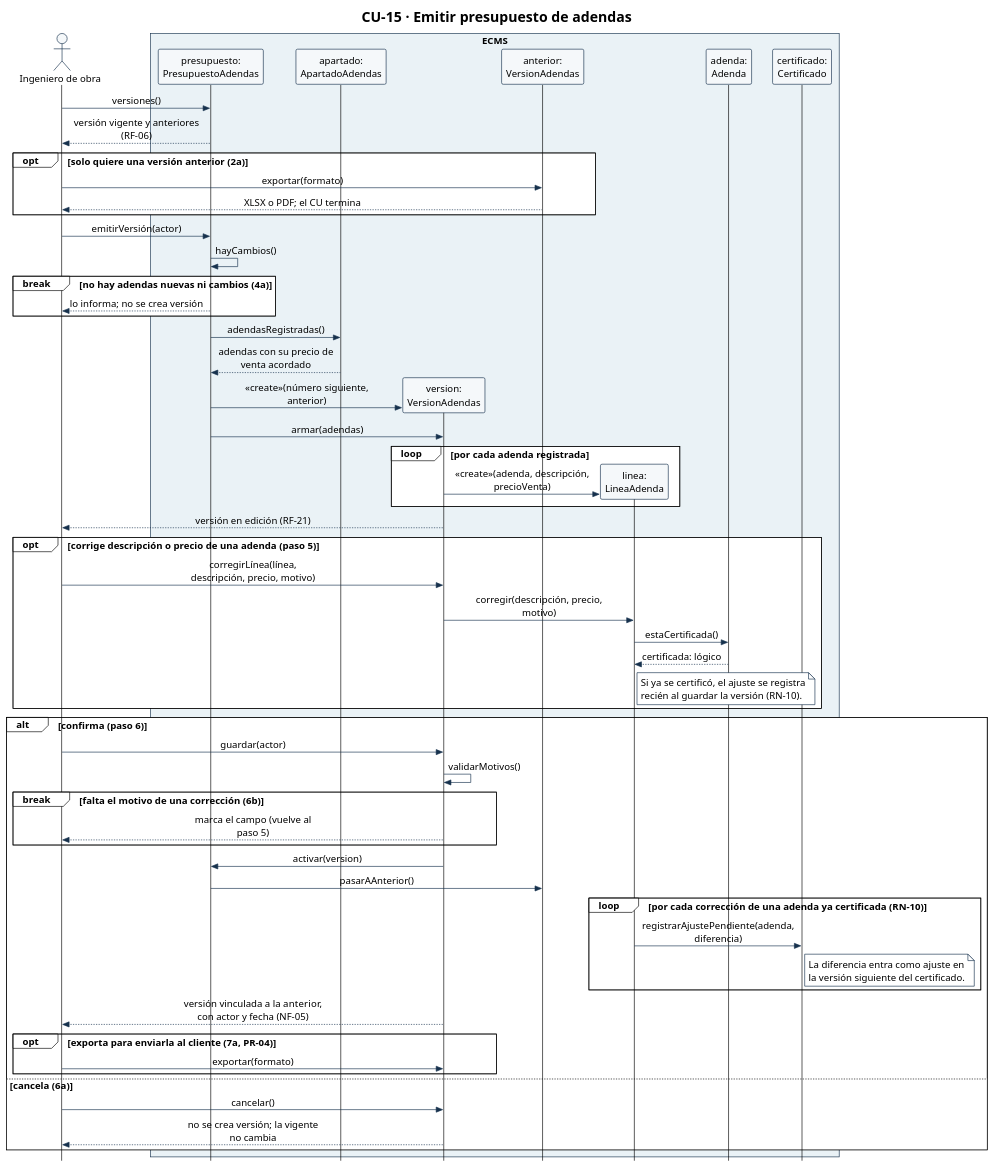
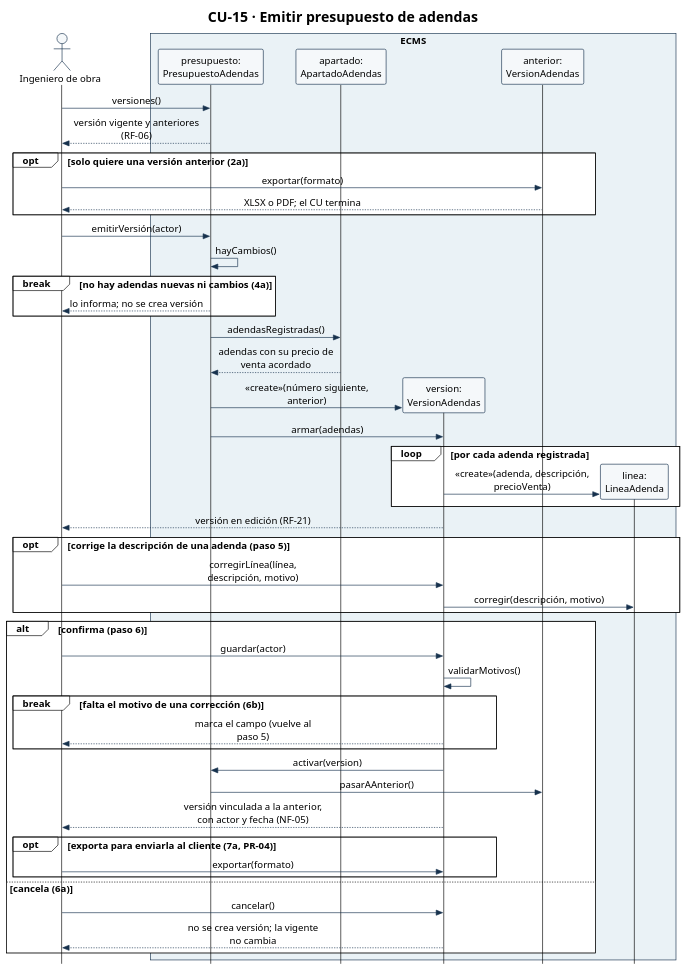
One commit to Ssrrb/tpf-uca changed the diagram in diagramas/CU-15-secuencia.puml. Above: the diagram before and after it, drawn with PlantUML. The commit also changed 40 other files, not shown here.

```diff
--- a/diagramas/CU-15-secuencia.puml
+++ b/diagramas/CU-15-secuencia.puml
@@ -1,91 +1,76 @@
 @startuml
 !theme plain
 skinparam style strictuml
 skinparam shadowing false
 skinparam defaultFontName Arial
 skinparam defaultFontSize 15
 skinparam sequenceMessageAlign center
 skinparam maxMessageSize 220
 skinparam ParticipantPadding 8
 skinparam BoxPadding 6
 skinparam ParticipantBackgroundColor #F5F8FA
 skinparam ParticipantBorderColor #17324D
 skinparam ActorBorderColor #17324D
 skinparam ActorBackgroundColor #F5F8FA
 skinparam ArrowColor #17324D
 skinparam SequenceBoxBorderColor #17324D
 skinparam note {
   BackgroundColor #FFFFFF
   BorderColor #17324D
 }
 hide footbox
 title CU-15 · Emitir presupuesto de adendas
 actor "Ingeniero de obra" as Ing
 box "ECMS" #EAF2F6
 participant "presupuesto:\nPresupuestoAdendas" as PA
 participant "apartado:\nApartadoAdendas" as Apa
 participant "version:\nVersionAdendas" as V
 participant "anterior:\nVersionAdendas" as Ant
 participant "linea:\nLineaAdenda" as Lin
-participant "adenda:\nAdenda" as Ad
-participant "certificado:\nCertificado" as Cert
 end box
 
 Ing -> PA: versiones()
 PA --> Ing: versión vigente y anteriores (RF-06)
 opt solo quiere una versión anterior (2a)
   Ing -> Ant: exportar(formato)
   Ant --> Ing: XLSX o PDF; el CU termina
 end
 
 Ing -> PA: emitirVersión(actor)
 PA -> PA: hayCambios()
 break no hay adendas nuevas ni cambios (4a)
   PA --> Ing: lo informa; no se crea versión
 end
 PA -> Apa: adendasRegistradas()
 Apa --> PA: adendas con su precio de venta acordado
 create V
 PA -> V: «create»(número siguiente, anterior)
 PA -> V: armar(adendas)
 loop por cada adenda registrada
   create Lin
   V -> Lin: «create»(adenda, descripción, precioVenta)
 end
 V --> Ing: versión en edición (RF-21)
 
-opt corrige descripción o precio de una adenda (paso 5)
-  Ing -> V: corregirLínea(línea, descripción, precio, motivo)
-  V -> Lin: corregir(descripción, precio, motivo)
-  Lin -> Ad: estaCertificada()
-  Ad --> Lin: certificada: lógico
-  note right of Lin
-    Si ya se certificó, el ajuste se registra
-    recién al guardar la versión (RN-10).
-  end note
+opt corrige la descripción de una adenda (paso 5)
+  Ing -> V: corregirLínea(línea, descripción, motivo)
+  V -> Lin: corregir(descripción, motivo)
 end
 
 alt confirma (paso 6)
   Ing -> V: guardar(actor)
   V -> V: validarMotivos()
   break falta el motivo de una corrección (6b)
     V --> Ing: marca el campo (vuelve al paso 5)
   end
   V -> PA: activar(version)
   PA -> Ant: pasarAAnterior()
-  loop por cada corrección de una adenda ya certificada (RN-10)
-    Lin -> Cert: registrarAjustePendiente(adenda, diferencia)
-    note right of Cert
-      La diferencia entra como ajuste en
-      la versión siguiente del certificado.
-    end note
-  end
   V --> Ing: versión vinculada a la anterior, con actor y fecha (NF-05)
   opt exporta para enviarla al cliente (7a, PR-04)
     Ing -> V: exportar(formato)
   end
 else cancela (6a)
   Ing -> V: cancelar()
   V --> Ing: no se crea versión; la vigente no cambia
 end
 @enduml
```
